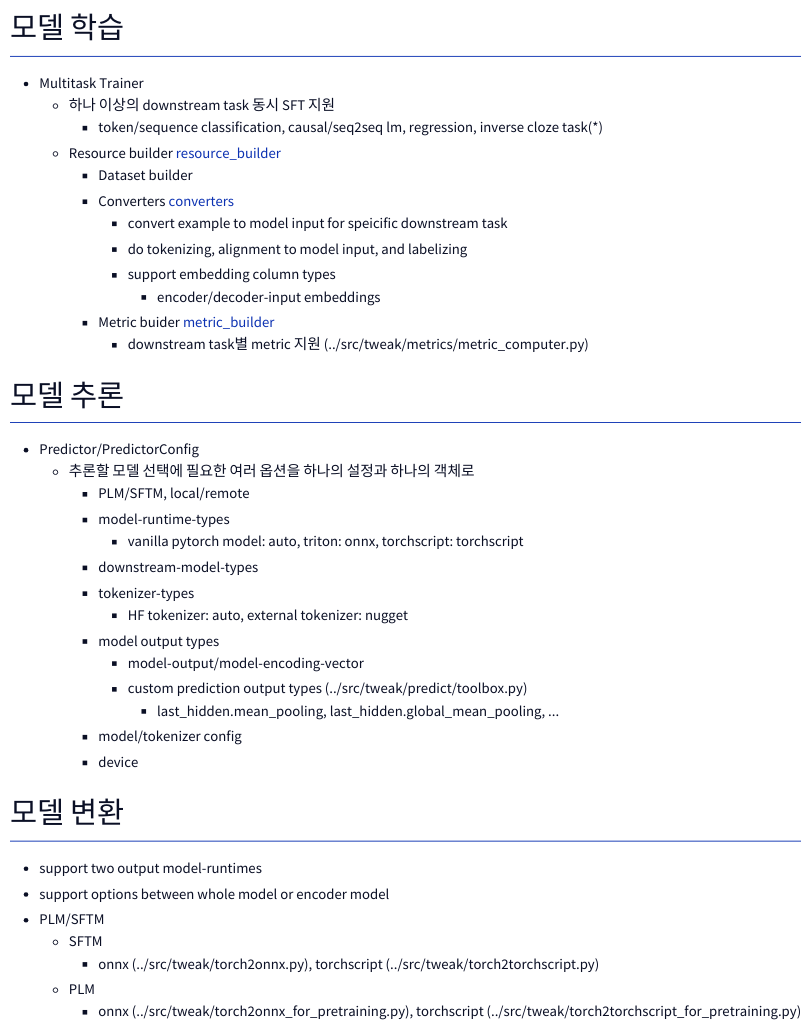
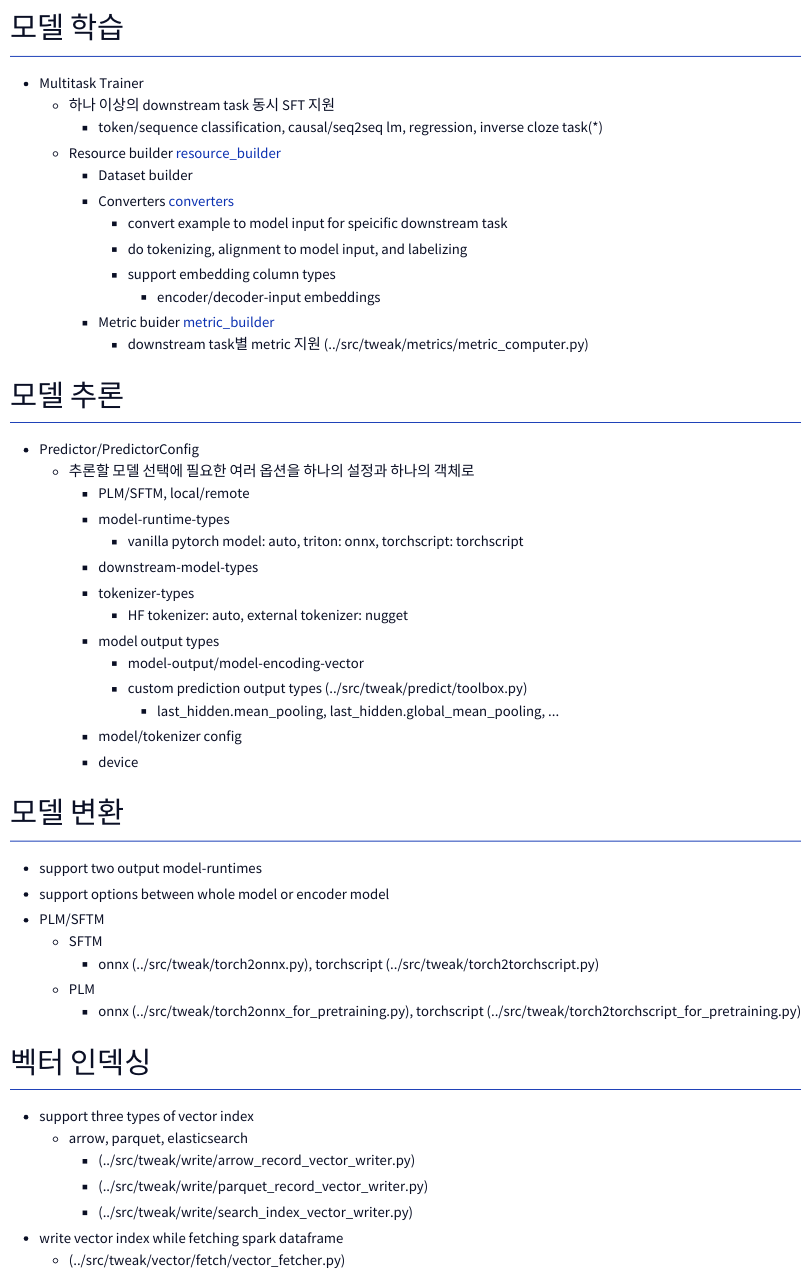
The diagram in figures/tweak_outline.d2 (cloudjo21/tweak), drawn with D2 before and after one commit.

Commit message:
docs: add vector indexing

```diff
--- a/figures/tweak_outline.d2
+++ b/figures/tweak_outline.d2
@@ -1,38 +1,46 @@
 설명: |md
 # 모델 학습
 - Multitask Trainer
   - 하나 이상의 downstream task 동시 SFT 지원
     - token/sequence classification, causal/seq2seq lm, regression, inverse cloze task(*)
   - Resource builder [resource_builder](../src/tweak/dataset/resource_builder.py)
     - Dataset builder
     - Converters [converters](../src/tweak/preprocess/converters.py)
       - convert example to model input for speicific downstream task
       - do tokenizing, alignment to model input, and labelizing
       - support embedding column types
         - encoder/decoder-input embeddings
     - Metric buider [metric_builder](../src/tweak/metrics/task2metric.py)
       - downstream task별 metric 지원 (../src/tweak/metrics/metric_computer.py)
 # 모델 추론
 - Predictor/PredictorConfig
     - 추론할 모델 선택에 필요한 여러 옵션을 하나의 설정과 하나의 객체로
       - PLM/SFTM, local/remote
       - model-runtime-types
         - vanilla pytorch model: auto, triton: onnx, torchscript: torchscript
       - downstream-model-types
       - tokenizer-types
         - HF tokenizer: auto, external tokenizer: nugget
       - model output types
         - model-output/model-encoding-vector
         - custom prediction output types (../src/tweak/predict/toolbox.py)
             - last_hidden.mean_pooling, last_hidden.global_mean_pooling, ...
       - model/tokenizer config
       - device
 # 모델 변환
 - support two output model-runtimes 
 - support options between whole model or encoder model
 - PLM/SFTM
   - SFTM
     - onnx (../src/tweak/torch2onnx.py), torchscript (../src/tweak/torch2torchscript.py)
   - PLM
     - onnx (../src/tweak/torch2onnx_for_pretraining.py), torchscript (../src/tweak/torch2torchscript_for_pretraining.py)
+# 벡터 인덱싱
+- support three types of vector index
+  - arrow, parquet, elasticsearch
+    - (../src/tweak/write/arrow_record_vector_writer.py)
+    - (../src/tweak/write/parquet_record_vector_writer.py)
+    - (../src/tweak/write/search_index_vector_writer.py)
+- write vector index while fetching spark dataframe
+  - (../src/tweak/vector/fetch/vector_fetcher.py)
 |
```
